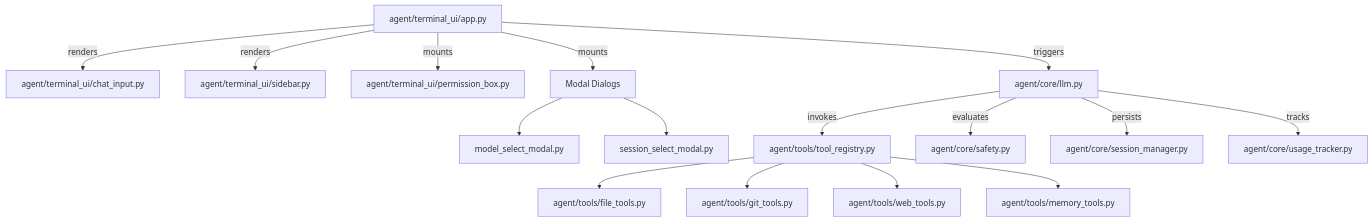
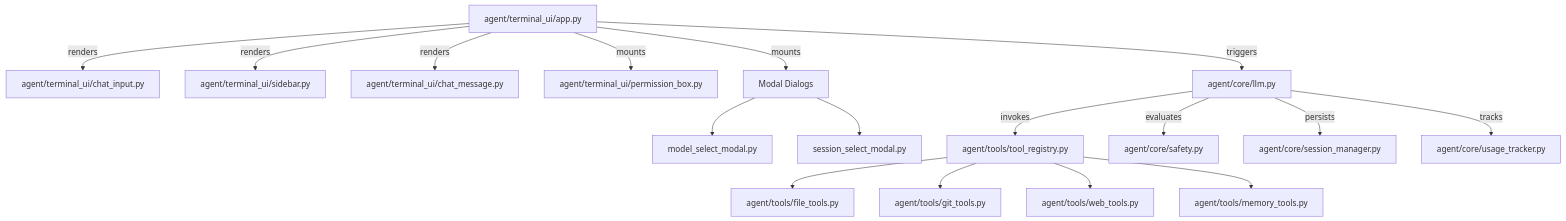
One commit to revanth332/raven-cli-agent changed the diagram in architecture.md. Above: the diagram before and after it, drawn with Mermaid. The commit also changed other lines of this file and 3 other files, not shown here.

````diff
--- a/architecture.md
+++ b/architecture.md
@@ -5,20 +5,21 @@
  ```mermaid
 graph TD
     UI[agent/terminal_ui/app.py] -->|renders| Input[agent/terminal_ui/chat_input.py]
     UI -->|renders| Sidebar[agent/terminal_ui/sidebar.py]
+    UI -->|renders| Msg[agent/terminal_ui/chat_message.py]
     UI -->|mounts| PermBar[agent/terminal_ui/permission_box.py]
     UI -->|mounts| Modals[Modal Dialogs]
     Modals --> ModelModal[model_select_modal.py]
     Modals --> SessionModal[session_select_modal.py]
 
     UI -->|triggers| LLM[agent/core/llm.py]
     LLM -->|invokes| Registry[agent/tools/tool_registry.py]
     Registry --> FileTools[agent/tools/file_tools.py]
     Registry --> GitTools[agent/tools/git_tools.py]
     Registry --> WebTools[agent/tools/web_tools.py]
     Registry --> MemTools[agent/tools/memory_tools.py]
     
     LLM -->|evaluates| Safety[agent/core/safety.py]
     LLM -->|persists| SessMgr[agent/core/session_manager.py]
     LLM -->|tracks| Usage[agent/core/usage_tracker.py]
 ```
````
